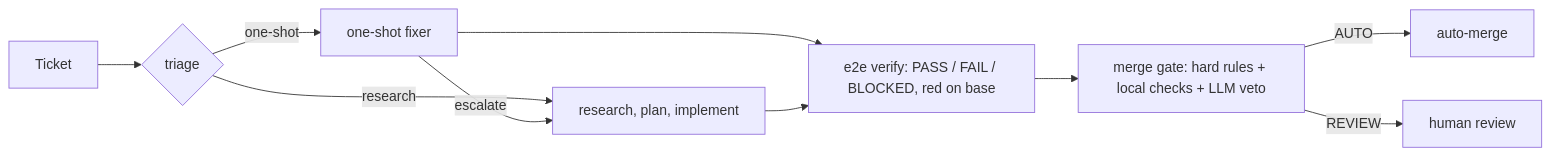
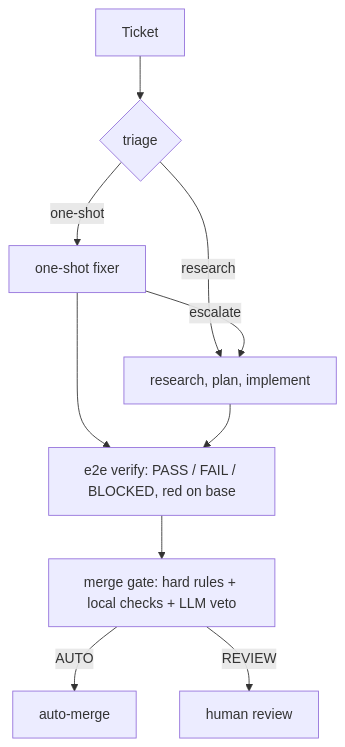
The diagram in case-studies/ticket-to-merge.md (przytrzask/portfolio), drawn with Mermaid before and after one commit. The commit also changed 32 other files, not shown here.

First line of the commit message:
Add audit-ready metadata, agent-readable files, a real 404 and build-time diagrams

````diff
--- a/case-studies/ticket-to-merge.md
+++ b/case-studies/ticket-to-merge.md
@@ -38,12 +38,14 @@
 ```mermaid
-flowchart LR
+flowchart TD
+  accTitle: Ticket-to-merge agent loop
+  accDescr: Triage sends each ticket to a one-shot fixer or a research, plan and implement path. Both go through end-to-end verification, then a merge gate auto-merges the change or sends it to human review.
   T[Ticket] --> TR{triage}
   TR -- one-shot --> O[one-shot fixer]
   TR -- research --> R[research, plan, implement]
   O -- escalate --> R
   O --> V[e2e verify: PASS / FAIL / BLOCKED, red on base]
   R --> V
   V --> G["merge gate: hard rules + local checks + LLM veto"]
   G -- AUTO --> M[auto-merge]
   G -- REVIEW --> H[human review]
 ```
````
